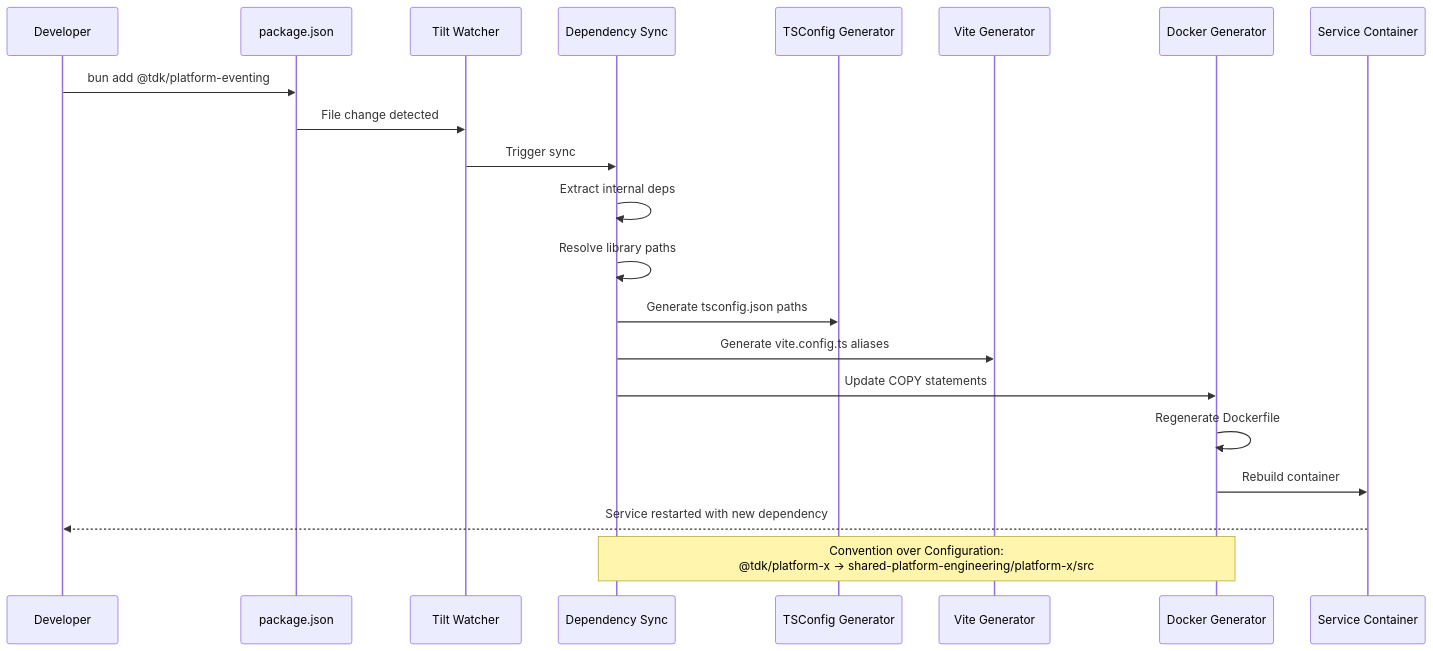
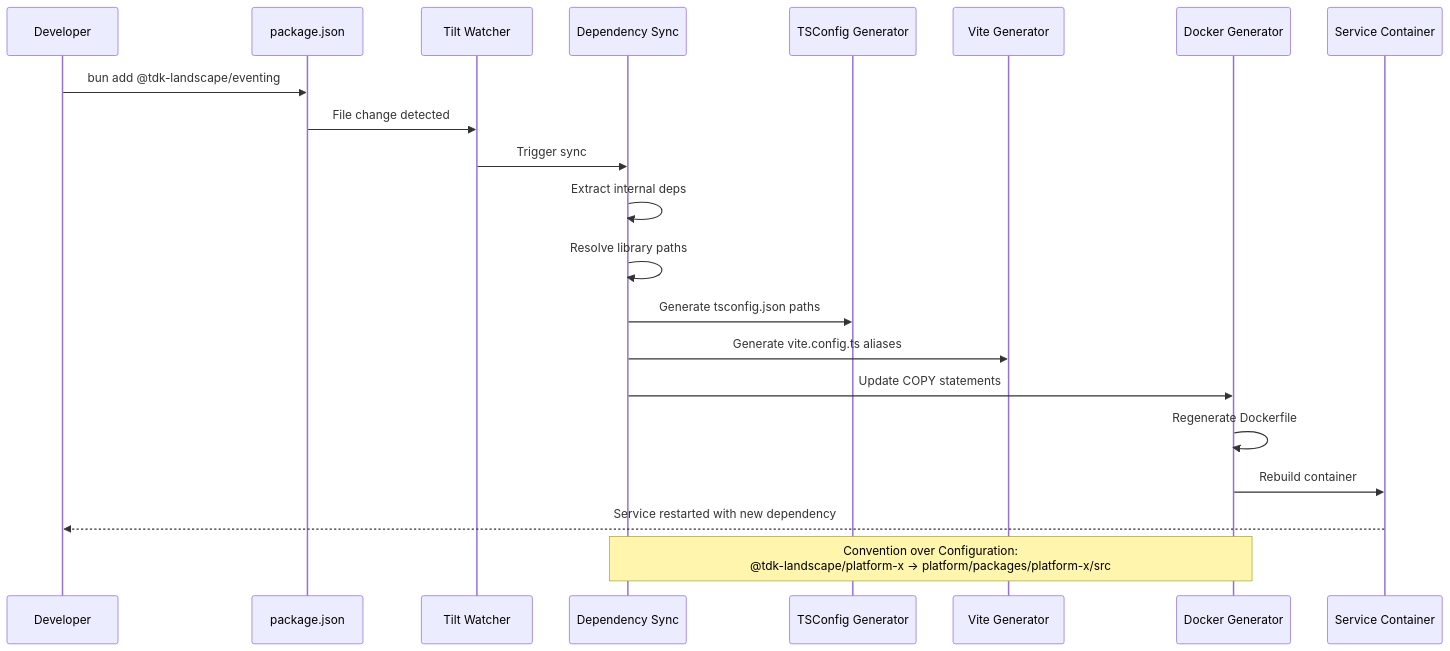
The fifth of 5 diagrams in engine/docs/C4-ARCHITECTURE-overview.md (AK-Lmn/tdk-cli-core), drawn with Mermaid before and after one commit. The commit also changed other lines of this file and 18 other files, not shown here.

````diff
--- a/engine/docs/C4-ARCHITECTURE-overview.md
+++ b/engine/docs/C4-ARCHITECTURE-overview.md
@@ -255,25 +255,25 @@
 ```mermaid
 sequenceDiagram
     participant Dev as Developer
     participant File as package.json
     participant Tilt as Tilt Watcher
     participant DepSync as Dependency Sync
     participant TS as TSConfig Generator
     participant Vite as Vite Generator
     participant Docker as Docker Generator
     participant Service as Service Container
     
-    Dev->>File: bun add @tdk/platform-eventing
+    Dev->>File: bun add @tdk-landscape/eventing
     File->>Tilt: File change detected
     Tilt->>DepSync: Trigger sync
     DepSync->>DepSync: Extract internal deps
     DepSync->>DepSync: Resolve library paths
     DepSync->>TS: Generate tsconfig.json paths
     DepSync->>Vite: Generate vite.config.ts aliases
     DepSync->>Docker: Update COPY statements
     Docker->>Docker: Regenerate Dockerfile
     Docker->>Service: Rebuild container
     Service-->>Dev: Service restarted with new dependency
     
-    Note over DepSync,Docker: Convention over Configuration:<br/>@tdk/platform-x → shared-platform-engineering/platform-x/src
+    Note over DepSync,Docker: Convention over Configuration:<br/>@tdk-landscape/platform-x → platform/packages/platform-x/src
 ```
````
